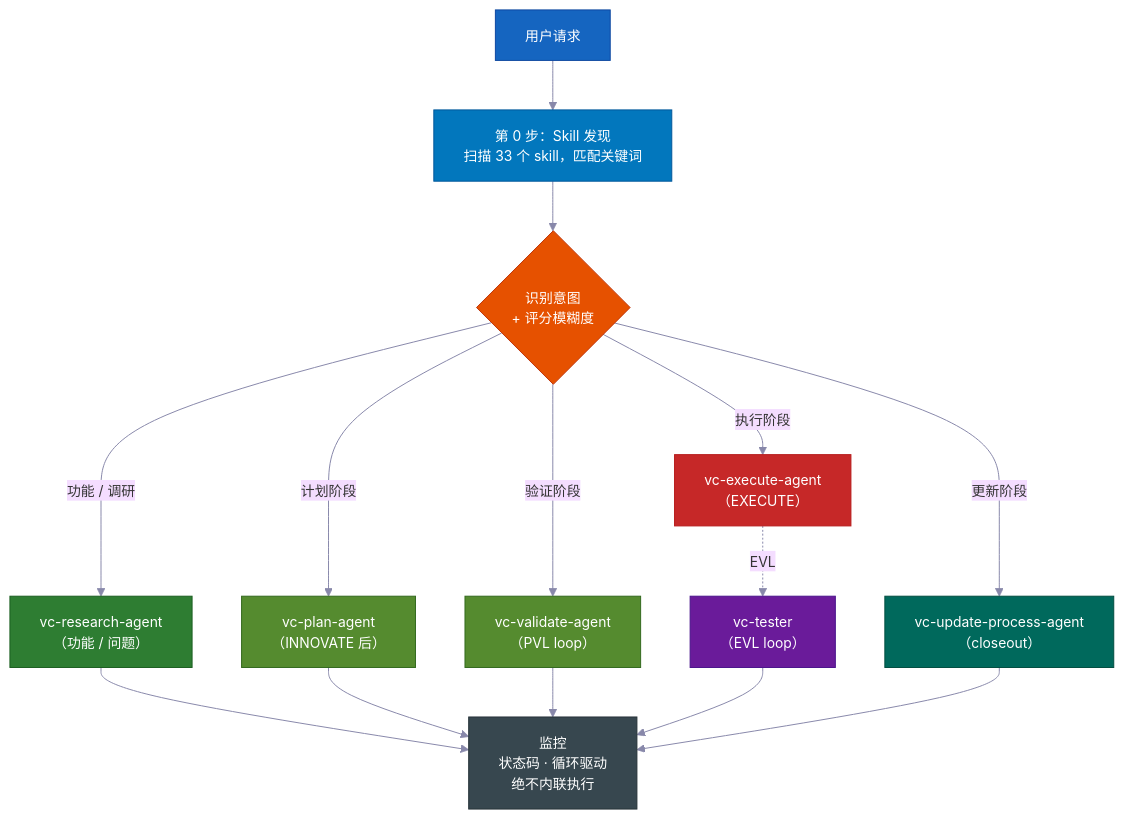
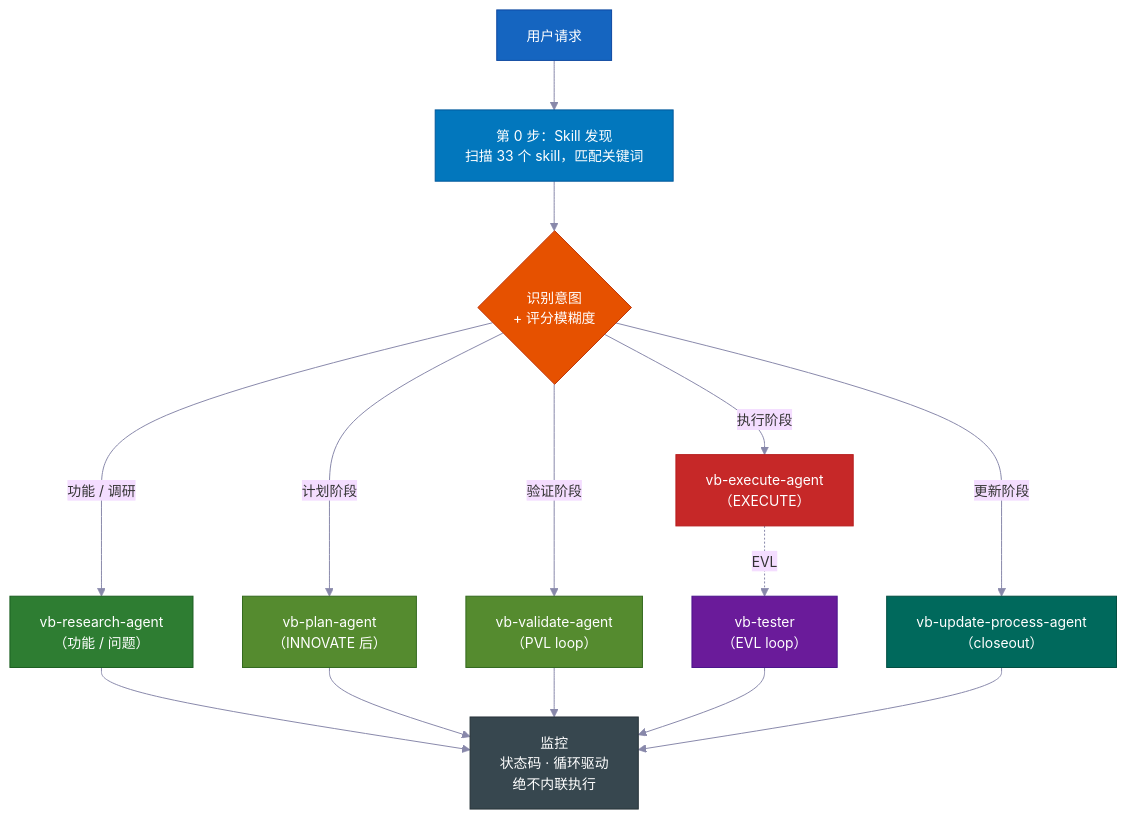
One commit to Tomwakeupat530amm/vibebelt-kit changed the second of 14 diagrams in docs/i18n/README.zh-CN.md. Above: the diagram before and after it, drawn with Mermaid. The commit also changed other lines of this file and 646 other files, not shown here.

````diff
--- a/docs/i18n/README.zh-CN.md
+++ b/docs/i18n/README.zh-CN.md
@@ -557,38 +557,38 @@
 ```mermaid
 %%{init: {'theme': 'base', 'themeVariables': {'fontSize': '14px', 'lineColor': '#8888AA'}} }%%
 flowchart TD
     REQ["用户请求"]
     SD["第 0 步：Skill 发现\n扫描 33 个 skill，匹配关键词"]
     INT{"识别意图\n+ 评分模糊度"}
-    RES["vc-research-agent\n（功能 / 问题）"]
-    PLN["vc-plan-agent\n（INNOVATE 后）"]
-    VAL["vc-validate-agent\n（PVL loop）"]
-    EXE["vc-execute-agent\n（EXECUTE）"]
-    TST["vc-tester\n（EVL loop）"]
-    UPD["vc-update-process-agent\n（closeout）"]
+    RES["vb-research-agent\n（功能 / 问题）"]
+    PLN["vb-plan-agent\n（INNOVATE 后）"]
+    VAL["vb-validate-agent\n（PVL loop）"]
+    EXE["vb-execute-agent\n（EXECUTE）"]
+    TST["vb-tester\n（EVL loop）"]
+    UPD["vb-update-process-agent\n（closeout）"]
     MON["监控\n状态码 · 循环驱动\n绝不内联执行"]
 
     REQ --> SD --> INT
     INT -->|"功能 / 调研"| RES
     INT -->|"计划阶段"| PLN
     INT -->|"验证阶段"| VAL
     INT -->|"执行阶段"| EXE
     EXE -.->|"EVL"| TST
     INT -->|"更新阶段"| UPD
     RES --> MON
     PLN --> MON
     VAL --> MON
     TST --> MON
     UPD --> MON
 
     style REQ fill:#1565C0,stroke:#0D47A1,color:#FFFFFF
     style SD fill:#0277BD,stroke:#01579B,color:#FFFFFF
     style INT fill:#E65100,stroke:#BF360C,color:#FFFFFF
     style RES fill:#2E7D32,stroke:#1B5E20,color:#FFFFFF
     style PLN fill:#558B2F,stroke:#33691E,color:#FFFFFF
     style VAL fill:#558B2F,stroke:#33691E,color:#FFFFFF
     style EXE fill:#C62828,stroke:#B71C1C,color:#FFFFFF
     style TST fill:#6A1B9A,stroke:#4A148C,color:#FFFFFF
     style UPD fill:#00695C,stroke:#004D40,color:#FFFFFF
     style MON fill:#37474F,stroke:#263238,color:#FFFFFF
 ```
````
